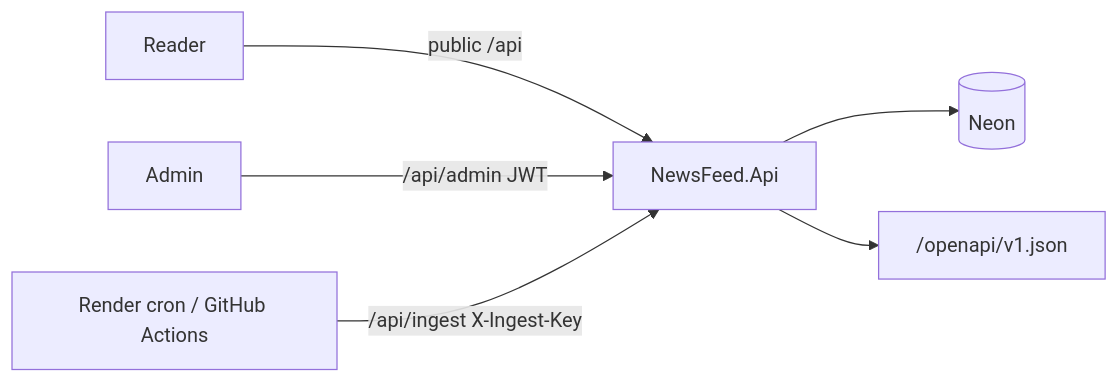
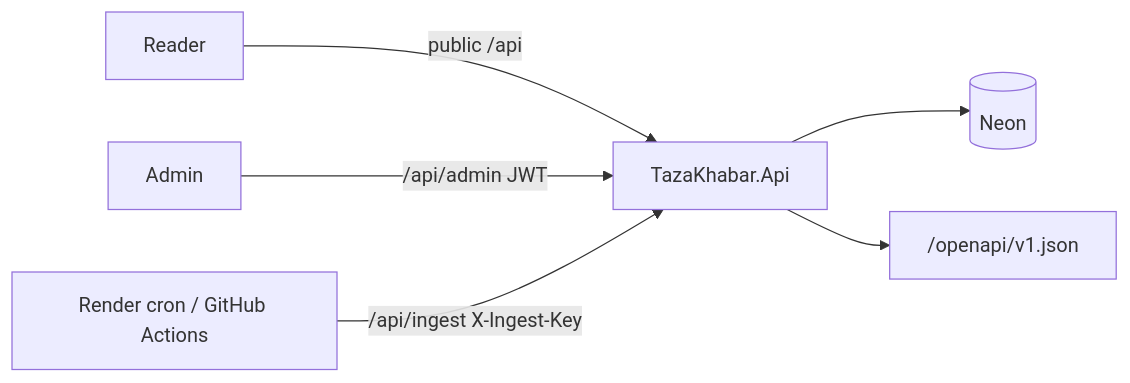
Before and after one commit to sshivanshg/TAZAkhabar: the diagram in docs/architecture/02-api.md, drawn with Mermaid. The commit also changed other lines of this file and 108 other files, not shown here.

Commit message:
Rename project and configuration from NewsFeed to TazaKhabar

````diff
--- a/docs/architecture/02-api.md
+++ b/docs/architecture/02-api.md
@@ -17,8 +17,8 @@
 ```mermaid
 flowchart LR
-  Reader[Reader] -->|public /api| API[NewsFeed.Api]
+  Reader[Reader] -->|public /api| API[TazaKhabar.Api]
   Admin[Admin] -->|/api/admin JWT| API
   Cron[Render cron / GitHub Actions] -->|/api/ingest X-Ingest-Key| API
   API --> Neon[(Neon)]
   API --> OpenAPI["/openapi/v1.json"]
 ```
````
